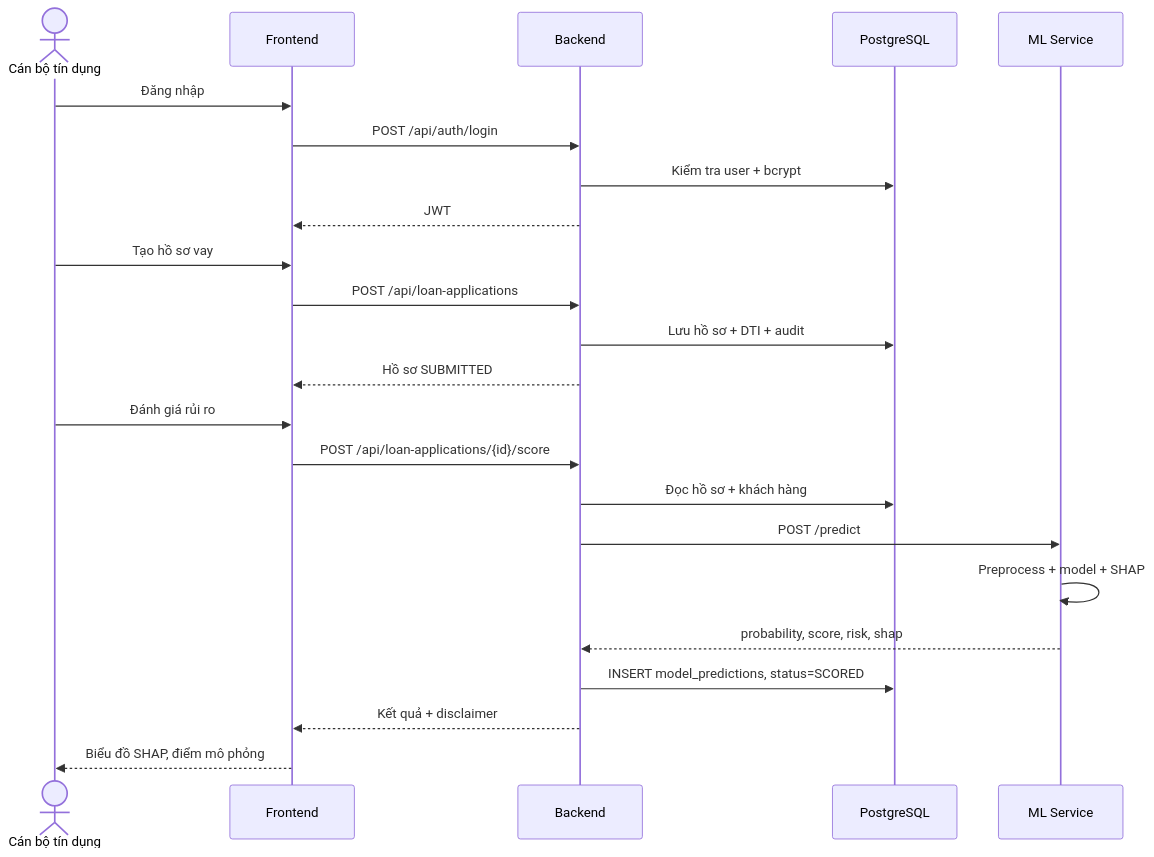
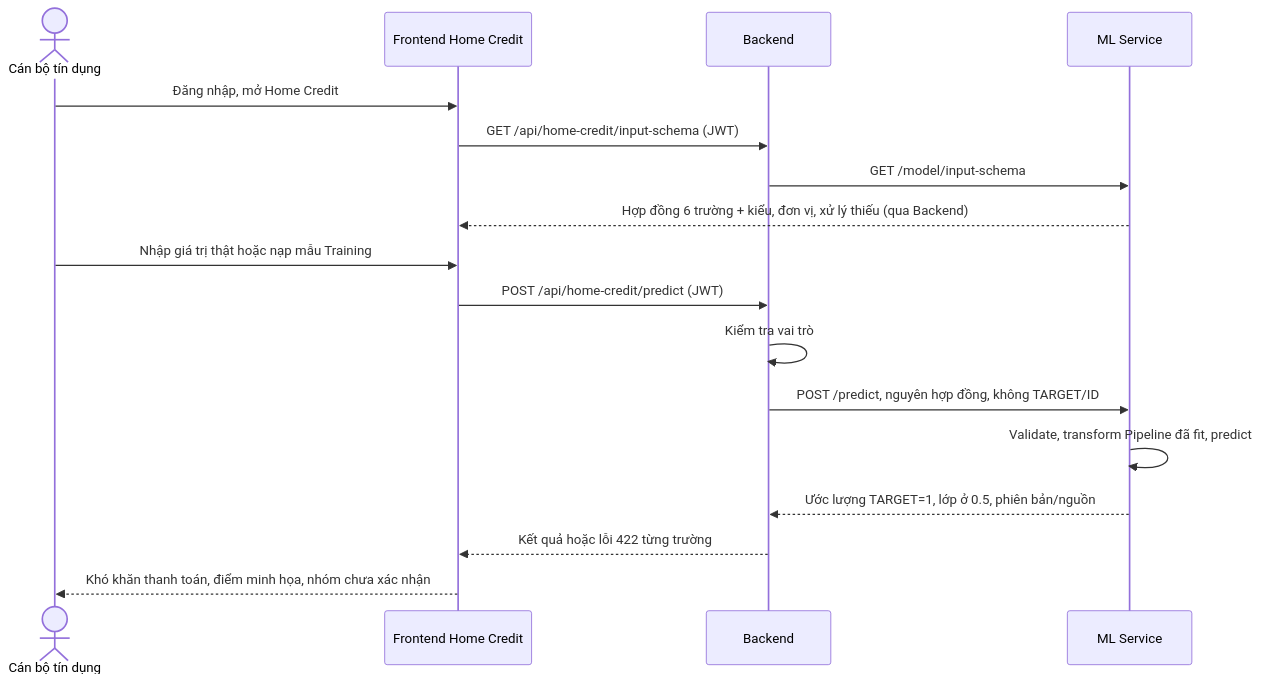
Before and after one commit to Leooo-cpu/NLCN-predict-credit-risk-assessment-and-debt-repayment: the diagram in docs/sequence.md, drawn with Mermaid. The commit also changed other lines of this file and 44 other files, not shown here.

````diff
--- a/docs/sequence.md
+++ b/docs/sequence.md
@@ -3,28 +3,19 @@
 ```mermaid
 sequenceDiagram
   actor Officer as Cán bộ tín dụng
-  participant UI as Frontend
+  participant UI as Frontend Home Credit
   participant API as Backend
-  participant DB as PostgreSQL
   participant ML as ML Service
-
-  Officer->>UI: Đăng nhập
-  UI->>API: POST /api/auth/login
-  API->>DB: Kiểm tra user + bcrypt
-  API-->>UI: JWT
-
-  Officer->>UI: Tạo hồ sơ vay
-  UI->>API: POST /api/loan-applications
-  API->>DB: Lưu hồ sơ + DTI + audit
-  API-->>UI: Hồ sơ SUBMITTED
-
-  Officer->>UI: Đánh giá rủi ro
-  UI->>API: POST /api/loan-applications/{id}/score
-  API->>DB: Đọc hồ sơ + khách hàng
-  API->>ML: POST /predict
-  ML->>ML: Preprocess + model + SHAP
-  ML-->>API: probability, score, risk, shap
-  API->>DB: INSERT model_predictions, status=SCORED
-  API-->>UI: Kết quả + disclaimer
-  UI-->>Officer: Biểu đồ SHAP, điểm mô phỏng
+  Officer->>UI: Đăng nhập, mở Home Credit
+  UI->>API: GET /api/home-credit/input-schema (JWT)
+  API->>ML: GET /model/input-schema
+  ML-->>UI: Hợp đồng 6 trường + kiểu, đơn vị, xử lý thiếu (qua Backend)
+  Officer->>UI: Nhập giá trị thật hoặc nạp mẫu Training
+  UI->>API: POST /api/home-credit/predict (JWT)
+  API->>API: Kiểm tra vai trò
+  API->>ML: POST /predict, nguyên hợp đồng, không TARGET/ID
+  ML->>ML: Validate, transform Pipeline đã fit, predict
+  ML-->>API: Ước lượng TARGET=1, lớp ở 0.5, phiên bản/nguồn
+  API-->>UI: Kết quả hoặc lỗi 422 từng trường
+  UI-->>Officer: Khó khăn thanh toán, điểm minh họa, nhóm chưa xác nhận
 ```
````
